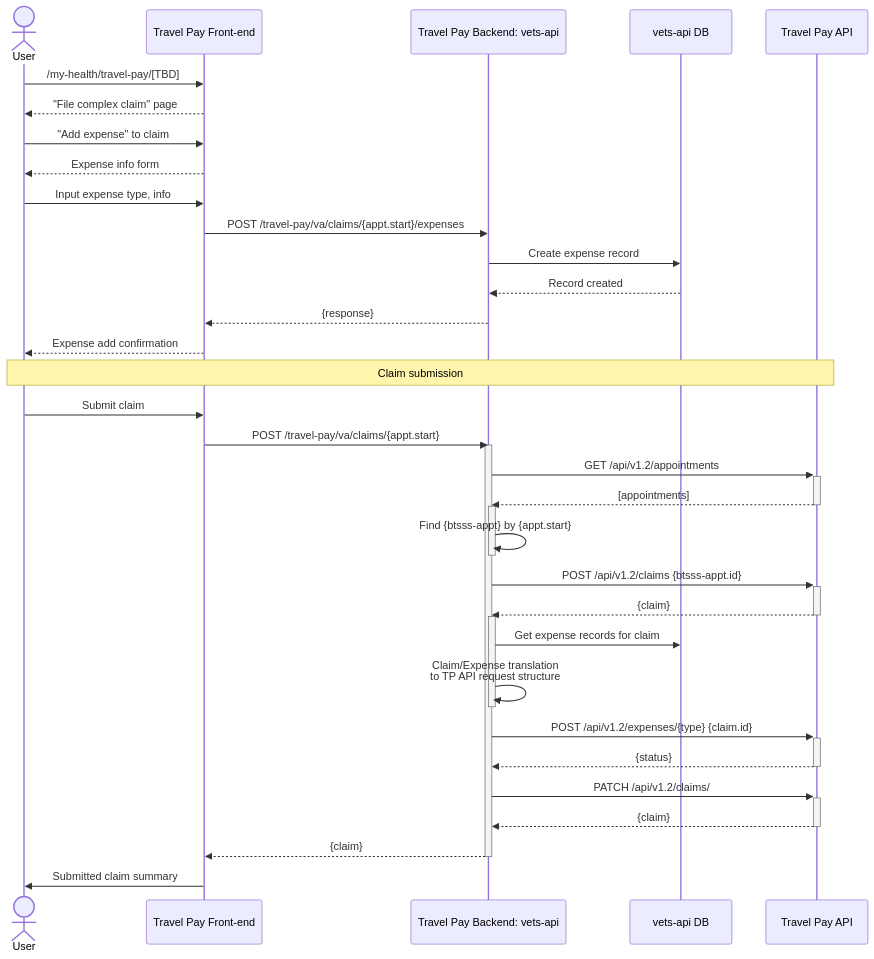
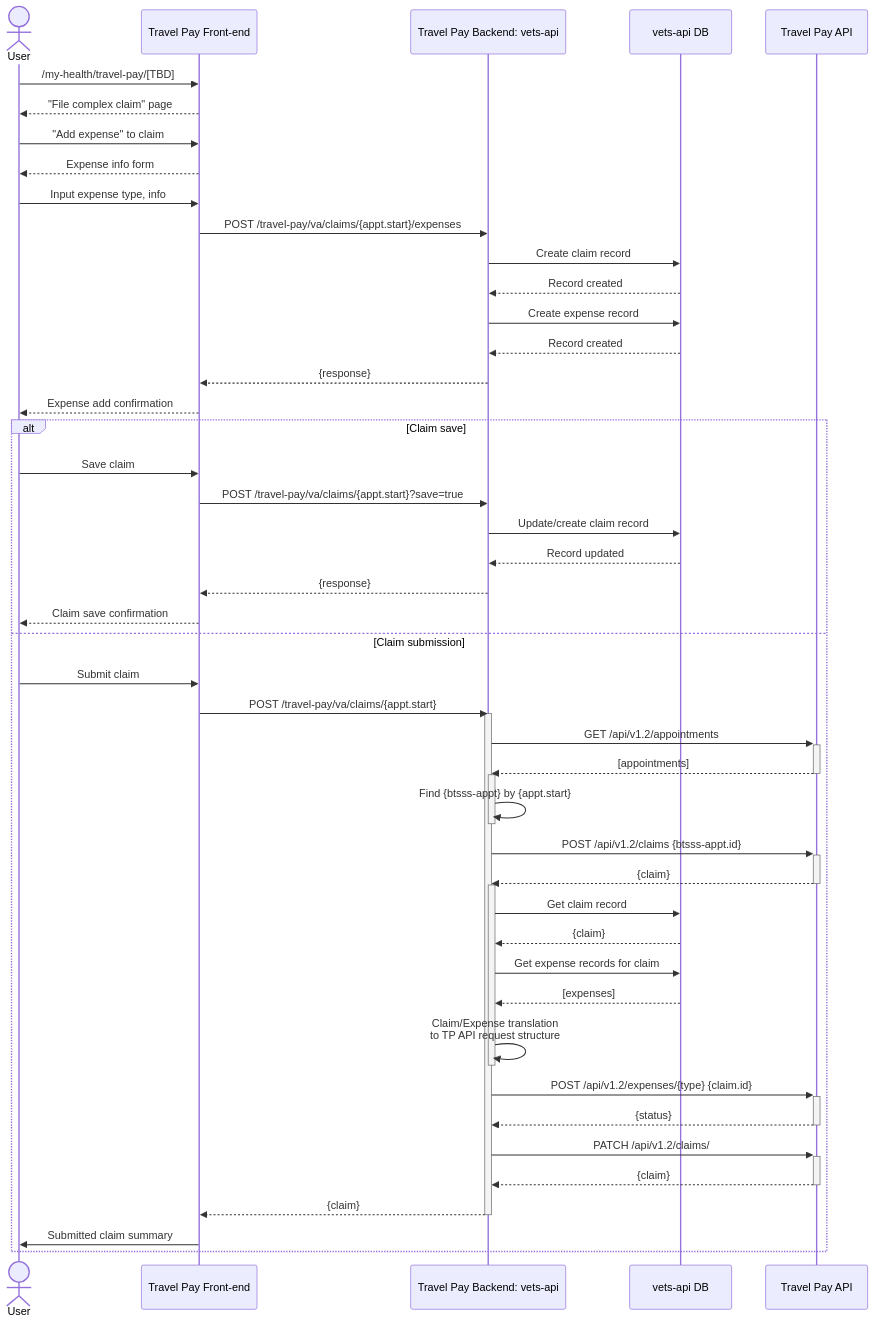
One commit to department-of-veterans-affairs/va.gov-team changed the diagram in products/health-care/beneficiary-travel/engineering/complex_claims/expenses/sequence_diagrams.md. Above: the diagram before and after it, drawn with Mermaid.

Commit message:
Show claim db interactions

````diff
--- a/products/health-care/beneficiary-travel/engineering/complex_claims/expenses/sequence_diagrams.md
+++ b/products/health-care/beneficiary-travel/engineering/complex_claims/expenses/sequence_diagrams.md
@@ -3,53 +3,65 @@
 ```mermaid
 sequenceDiagram
     actor user as User
     participant tp as Travel Pay Front-end
     participant tpm as Travel Pay Backend: vets-api
     participant db as vets-api DB
     participant tpapi as Travel Pay API
 
     user ->> tp: /my-health/travel-pay/[TBD]
     tp -->> user: "File complex claim" page
 
     user ->> tp: "Add expense" to claim
     tp -->> user: Expense info form
 
     user ->> tp: Input expense type, info
     tp ->> tpm: POST /travel-pay/va/claims/{appt.start}/expenses
+    tpm ->> db: Create claim record
+    db -->> tpm: Record created
     tpm ->> db: Create expense record
     db -->> tpm: Record created
     tpm -->> tp: {response}
     tp -->> user: Expense add confirmation
 
-    Note over user,tpapi: Claim submission
-    user ->> tp: Submit claim
-    tp ->> tpm: POST /travel-pay/va/claims/{appt.start}
+    alt Claim save
+        user ->> tp: Save claim
+        tp ->> tpm: POST /travel-pay/va/claims/{appt.start}?save=true
+        tpm ->> db: Update/create claim record
+        db -->> tpm: Record updated
+        tpm -->> tp: {response}
+        tp -->> user: Claim save confirmation
+    else Claim submission
+        user ->> tp: Submit claim
+        tp ->> tpm: POST /travel-pay/va/claims/{appt.start}
 
+        activate tpm
+          tpm ->>+ tpapi: GET /api/v1.2/appointments
+          tpapi -->>- tpm: [appointments]
 
-    activate tpm
-      tpm ->>+ tpapi: GET /api/v1.2/appointments
-      tpapi -->>- tpm: [appointments]
+          activate tpm
+            tpm ->> tpm: Find {btsss-appt} by {appt.start}
+          deactivate tpm
 
-      activate tpm
-        tpm ->> tpm: Find {btsss-appt} by {appt.start}
-      deactivate tpm
+          tpm ->>+ tpapi: POST /api/v1.2/claims {btsss-appt.id}
+          tpapi -->>- tpm: {claim}
 
-      tpm ->>+ tpapi: POST /api/v1.2/claims {btsss-appt.id}
-      tpapi -->>- tpm: {claim}
+          activate tpm
+              tpm ->> db: Get claim record
+              db -->> tpm: {claim}
+              tpm ->> db: Get expense records for claim
+              db -->> tpm: [expenses]
+              tpm ->> tpm: Claim/Expense translation<br/>to TP API request structure
+          deactivate tpm
 
-      activate tpm
-          tpm ->> db: Get expense records for claim
-          tpm ->> tpm: Claim/Expense translation<br/>to TP API request structure
-      deactivate tpm
+          tpm ->>+ tpapi: POST /api/v1.2/expenses/{type} {claim.id}
+          tpapi -->>- tpm: {status}
 
-      tpm ->>+ tpapi: POST /api/v1.2/expenses/{type} {claim.id}
-      tpapi -->>- tpm: {status}
+          tpm ->>+ tpapi: PATCH /api/v1.2/claims/#{claim.id}/submit
+          tpapi -->>- tpm: {claim}
 
-      tpm ->>+ tpapi: PATCH /api/v1.2/claims/#{claim.id}/submit
-      tpapi -->>- tpm: {claim}
+          tpm -->> tp: {claim}
+        deactivate tpm
 
-      tpm -->> tp: {claim}
-    deactivate tpm
-
-    tp ->> user: Submitted claim summary
+        tp ->> user: Submitted claim summary
+    end
 ```
````
